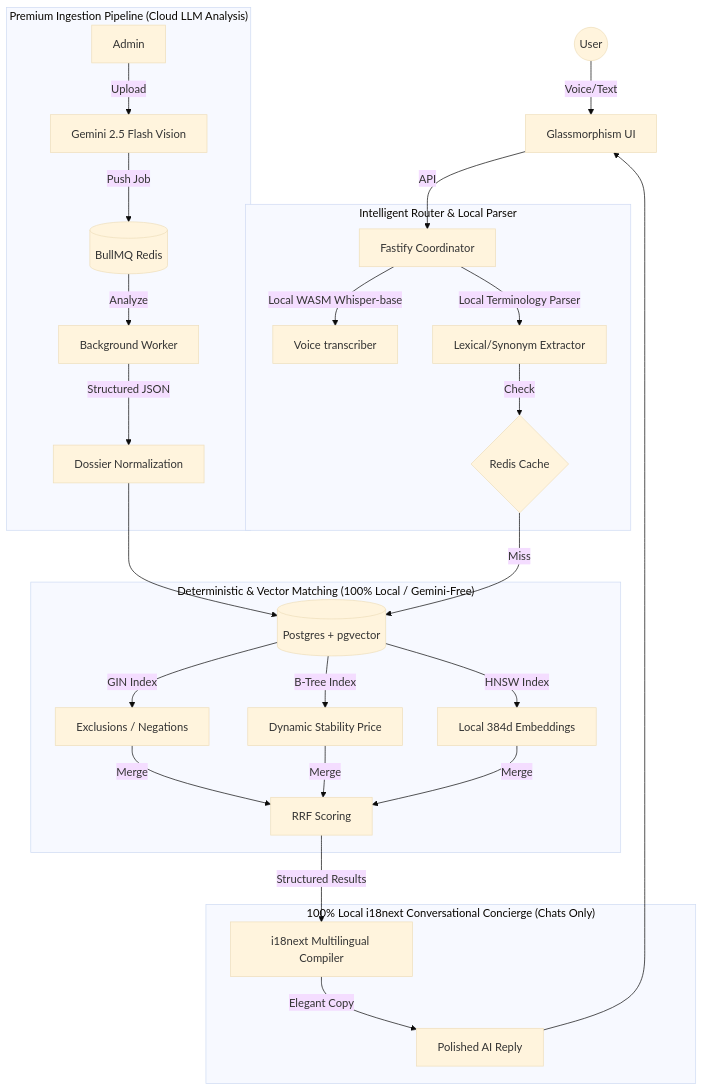
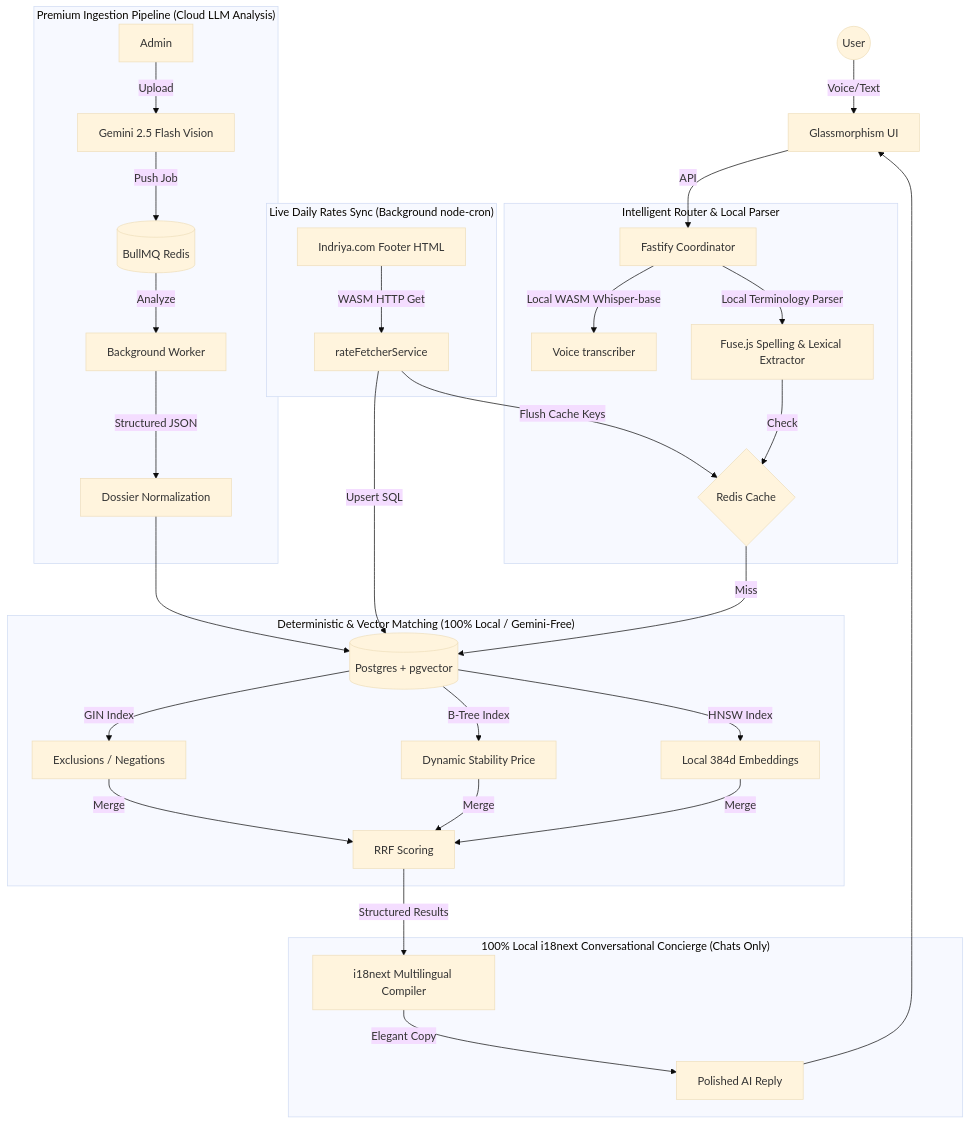
Before and after one commit to manish-9245/scalable-llm-search: the first of 2 diagrams in README.md, drawn with Mermaid (base theme). The commit also changed other lines of this file and 13 other files, not shown here.

Commit message:
docs: update README and HLD diagrams, add live rate fetching service details, sync graphify topology

````diff
--- a/README.md
+++ b/README.md
@@ -33,36 +34,42 @@
 ```mermaid
 graph TD
     User((User)) -->|Voice/Text| WebUI[Glassmorphism UI]
     WebUI -->|API| Server[Fastify Coordinator]
     
     subgraph "Intelligent Router & Local Parser"
         Server -->|Local WASM Whisper-base| Voice[Voice transcriber]
-        Server -->|Local Terminology Parser| Parser[Lexical/Synonym Extractor]
+        Server -->|Local Terminology Parser| Parser[Fuse.js Spelling & Lexical Extractor]
         Parser -->|Check| Cache{Redis Cache}
     end
 
     subgraph "Deterministic & Vector Matching (100% Local / Gemini-Free)"
         Cache -- Miss --> DB[("Postgres + pgvector")]
         
         DB -->|GIN Index| Exclude[Exclusions / Negations]
         DB -->|B-Tree Index| Price[Dynamic Stability Price]
         DB -->|HNSW Index| Vector[Local 384d Embeddings]
         
         Exclude & Price & Vector -->|Merge| RRF[RRF Scoring]
+    end
+
+    subgraph "Live Daily Rates Sync (Background node-cron)"
+        Indriya[Indriya.com Footer HTML] -->|WASM HTTP Get| RateService[rateFetcherService]
+        RateService -->|Upsert SQL| DB
+        RateService -->|Flush Cache Keys| Cache
     end
 
     subgraph "100% Local i18next Conversational Concierge (Chats Only)"
         RRF -->|Structured Results| Template[i18next Multilingual Compiler]
         Template -->|Elegant Copy| Output[Polished AI Reply]
     end
 
     subgraph "Premium Ingestion Pipeline (Cloud LLM Analysis)"
         Admin -->|Upload| GeminiIngest[Gemini 2.5 Flash Vision]
         GeminiIngest -->|Push Job| Queue[(BullMQ Redis)]
         Queue -->|Analyze| Worker[Background Worker]
         Worker -->|Structured JSON| Normalize[Dossier Normalization]
         Normalize --> DB
     end
 
     Output --> WebUI
 ```
````
